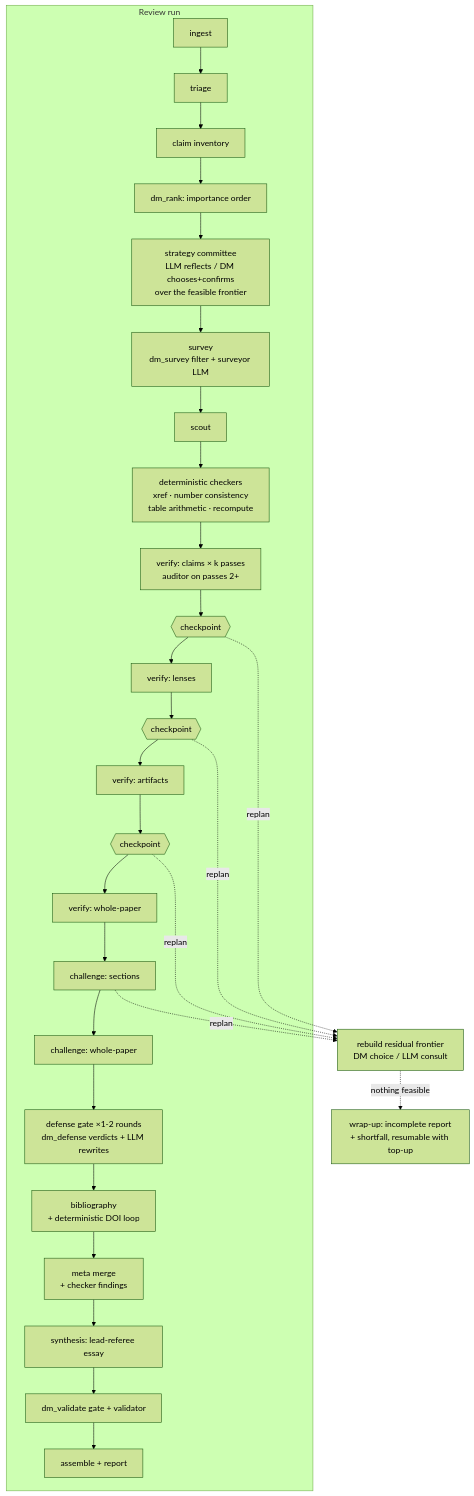
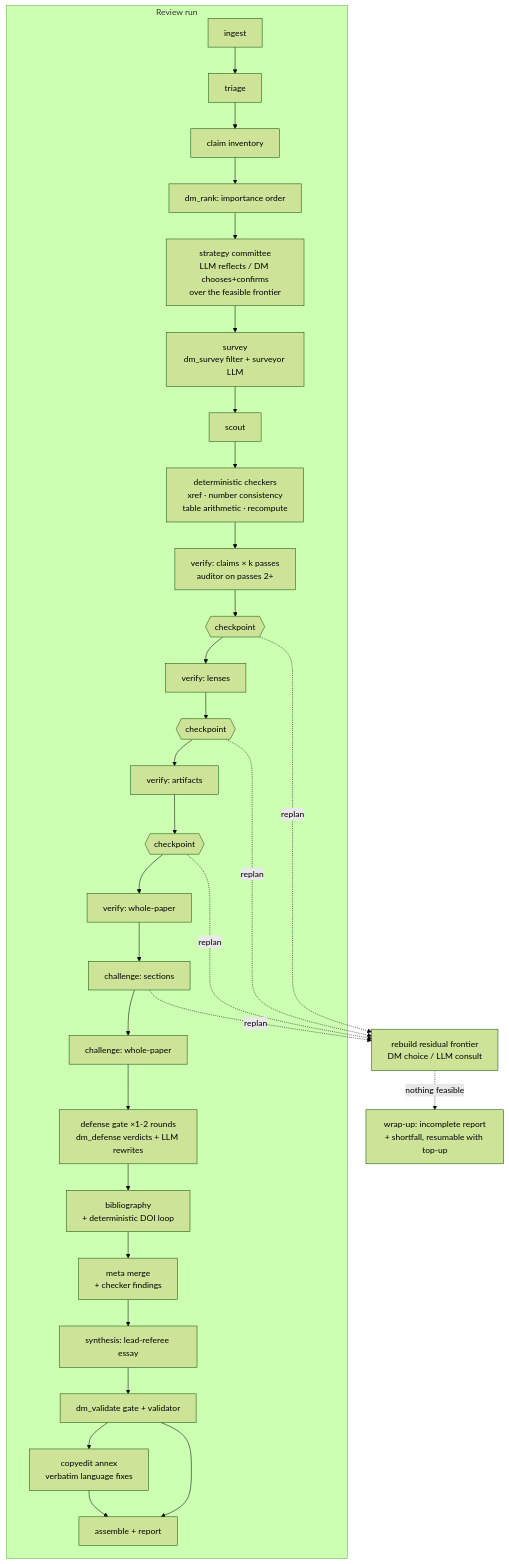
One commit to paluigi/open-referee changed the diagram in docs/PIPELINE.md. Above: the diagram before and after it, drawn with Mermaid (forest theme). The commit also changed other lines of this file and 11 other files, not shown here.

First line of the commit message:
feat(copyedit): language-mechanics annex in the review report

````diff
--- a/docs/PIPELINE.md
+++ b/docs/PIPELINE.md
@@ -10,32 +10,34 @@
 ```mermaid
 flowchart TD
     subgraph RUN[Review run]
         ING[ingest] --> TRI[triage]
         TRI --> CLM[claim inventory]
         CLM --> RANK[dm_rank: importance order]
         RANK --> COMMIT[strategy committee<br/>LLM reflects / DM chooses+confirms<br/>over the feasible frontier]
         COMMIT --> SUR[survey<br/>dm_survey filter + surveyor LLM]
         SUR --> SCT[scout]
         SCT --> CK0[deterministic checkers<br/>xref · number consistency<br/>table arithmetic · recompute]
         CK0 --> V1[verify: claims × k passes<br/>auditor on passes 2+]
         V1 --> CK1{{checkpoint}}
         CK1 --> V2[verify: lenses]
         V2 --> CK2{{checkpoint}}
         CK2 --> V3[verify: artifacts]
         V3 --> CK3{{checkpoint}}
         CK3 --> V4[verify: whole-paper]
         V4 --> CH1[challenge: sections]
         CH1 --> CH2[challenge: whole-paper]
         CH2 --> DEF[defense gate ×1-2 rounds<br/>dm_defense verdicts + LLM rewrites]
         DEF --> BIB[bibliography<br/>+ deterministic DOI loop]
         BIB --> META[meta merge<br/>+ checker findings]
         META --> SYN[synthesis: lead-referee essay]
         SYN --> VAL[dm_validate gate + validator]
+    VAL --> CE[copyedit annex<br/>verbatim language fixes]
+    CE --> ASM[assemble + report]
         VAL --> ASM[assemble + report]
     end
     CK1 -. replan .-> RF[rebuild residual frontier<br/>DM choice / LLM consult]
     CK2 -. replan .-> RF
     CK3 -. replan .-> RF
     CH1 -. replan .-> RF
     RF -. nothing feasible .-> WU[wrap-up: incomplete report<br/>+ shortfall, resumable with top-up]
 ```
````
